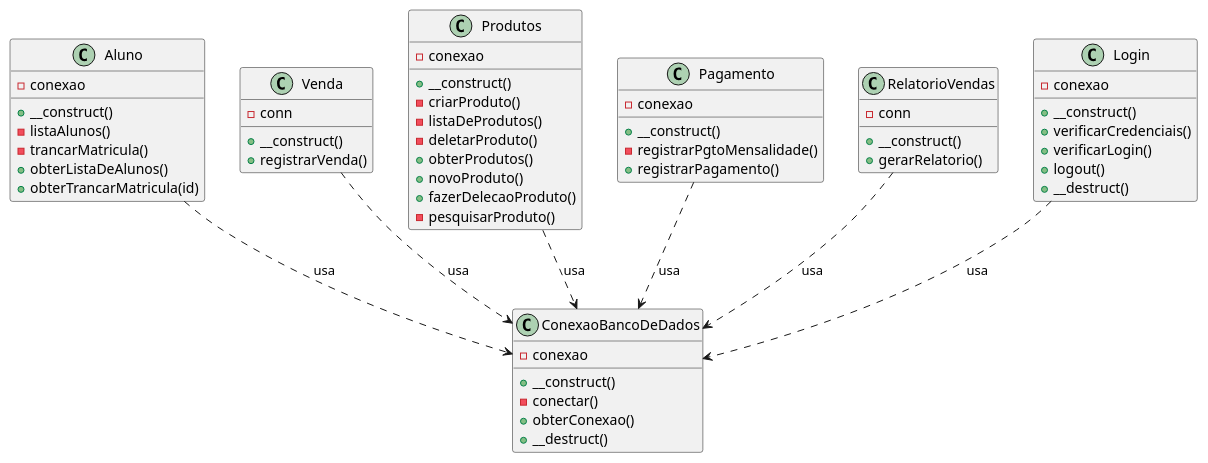
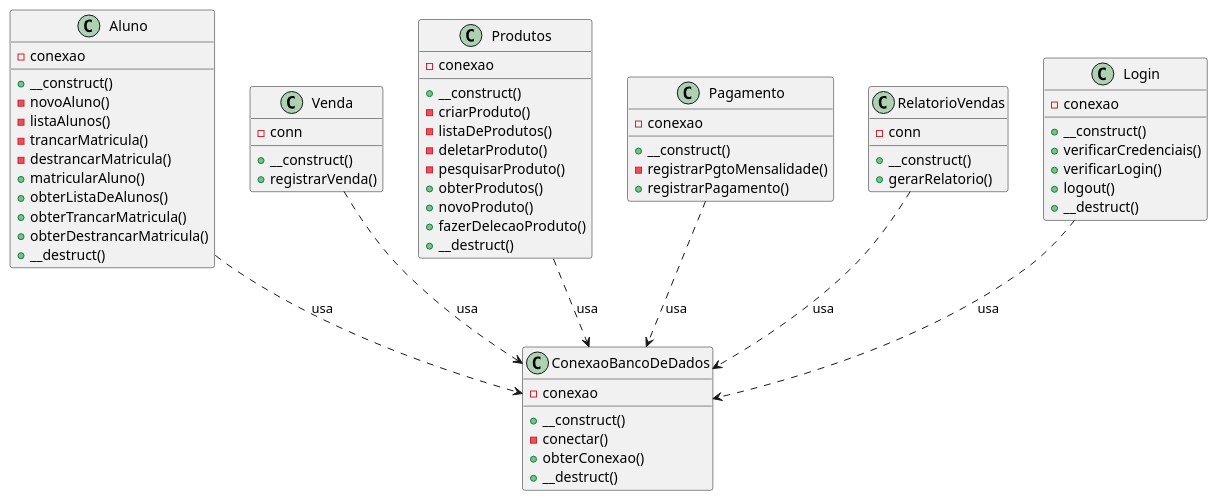
The diagram in Diagramas/Classe/Classe.puml (PI-2-semestre-DSM/app-acad), drawn with PlantUML before and after one commit.

```diff
--- a/Diagramas/Classe/Classe.puml
+++ b/Diagramas/Classe/Classe.puml
@@ -1,65 +1,71 @@
 @startuml
 class ConexaoBancoDeDados {
     - conexao
     + __construct()
     - conectar()
     + obterConexao()
     + __destruct()
 }
 
 class Aluno {
     - conexao
     + __construct()
+    - novoAluno()
     - listaAlunos()
     - trancarMatricula()
+    - destrancarMatricula()
+    + matricularAluno()
     + obterListaDeAlunos()
-    + obterTrancarMatricula(id)
+    + obterTrancarMatricula()
+    + obterDestrancarMatricula()
+    + __destruct()
 }
 
 class Venda {
     - conn
     + __construct()
     + registrarVenda()
 }
 
 class Produtos {
     - conexao
     + __construct()
     - criarProduto()
     - listaDeProdutos()
     - deletarProduto()
+    - pesquisarProduto()
     + obterProdutos()
     + novoProduto()
     + fazerDelecaoProduto()
-    - pesquisarProduto()
+    + __destruct()
 }
 
 class Pagamento {
     - conexao
     + __construct()
     - registrarPgtoMensalidade()
     + registrarPagamento()
 }
 
 class RelatorioVendas {
     - conn
     + __construct()
     + gerarRelatorio()
 }
 
 class Login {
     - conexao
     + __construct()
     + verificarCredenciais()
     + verificarLogin()
     + logout()
     + __destruct()
 }
 
 Aluno ..> ConexaoBancoDeDados : usa
 Venda ..> ConexaoBancoDeDados : usa
 Produtos ..> ConexaoBancoDeDados : usa
 Pagamento ..> ConexaoBancoDeDados : usa
 RelatorioVendas ..> ConexaoBancoDeDados : usa
 Login ..> ConexaoBancoDeDados : usa
 @enduml
```
